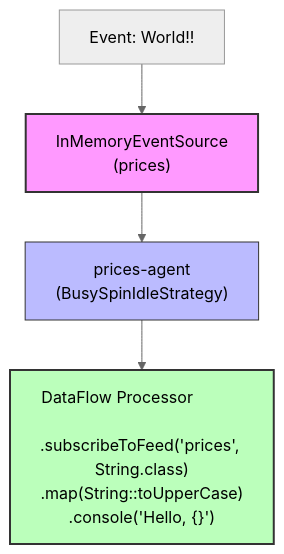
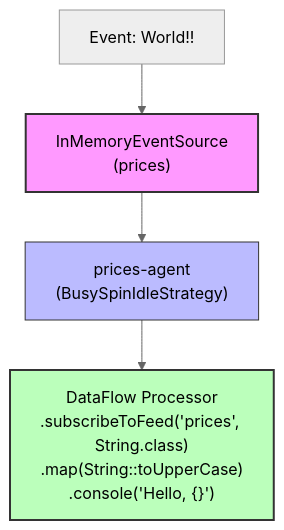
The diagram in gettting-started/stream-programming-tutorial/README.md (telaminai/mongoose-examples), drawn with Mermaid (neutral theme) before and after one commit.

Commit message:
Fixed formatting in `StreamProgrammingTutorial` README for better readability.

````diff
--- a/gettting-started/stream-programming-tutorial/README.md
+++ b/gettting-started/stream-programming-tutorial/README.md
@@ -25,26 +25,26 @@
 ```mermaid
 flowchart TD
     %% Event Source
     prices["InMemoryEventSource<br>(prices)"]
 
     %% Agent
     pricesAgent["prices-agent<br>(BusySpinIdleStrategy)"]
 
     %% DataFlow Processor
-    df["DataFlow Processor                                <br>.subscribeToFeed('prices', String.class)<br>.map(String::toUpperCase)<br>.console('Hello, {}')"]
+    df["DataFlow Processor<br>.subscribeToFeed('prices', String.class)<br>.map(String::toUpperCase)<br>.console('Hello, {}')"]
 
     %% Connections
     prices --> pricesAgent
     pricesAgent --> df
 
     %% Example event
     ev1["Event: World!!"] --> prices
 
     %% Styling
     classDef source fill:#f9f,stroke:#333,stroke-width:2px
     classDef agent fill:#bbf,stroke:#333,stroke-width:1px
     classDef handler fill:#bfb,stroke:#333,stroke-width:2px
     class prices source
     class pricesAgent agent
     class df handler
 ```
````
